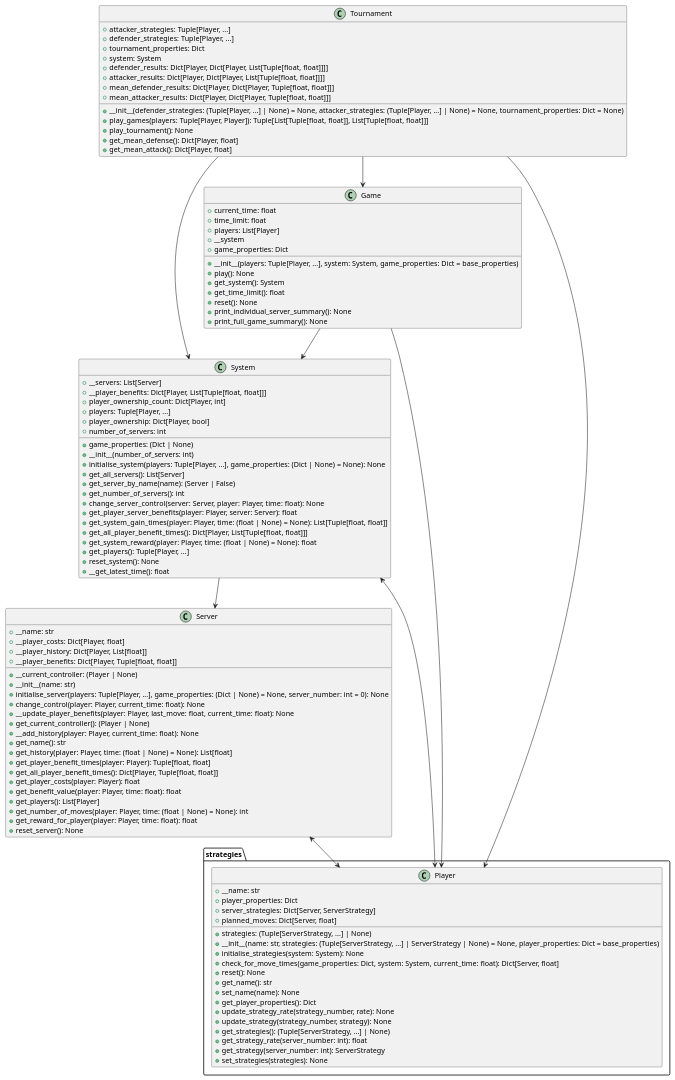
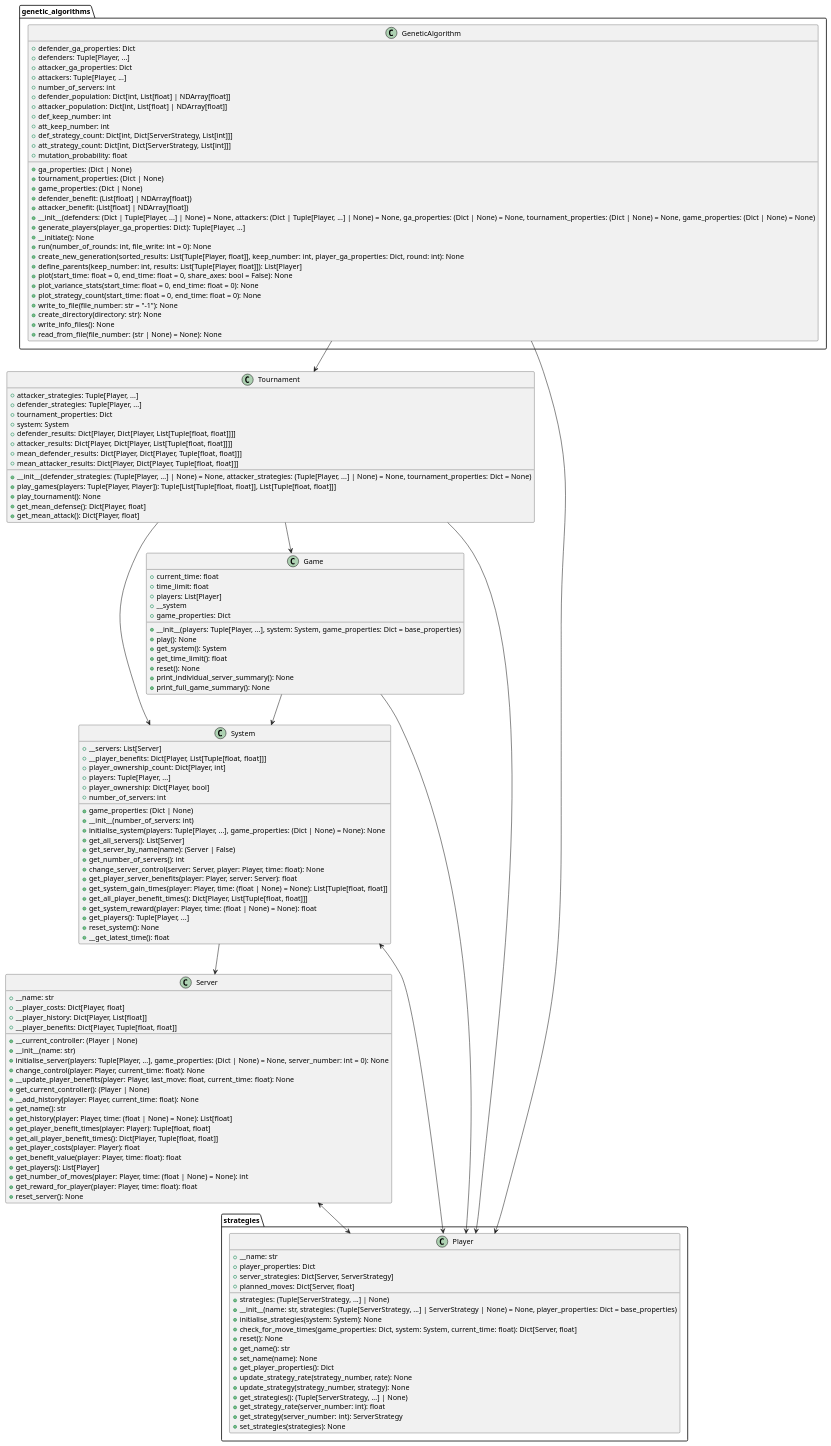
The diagram in DOCS/class-diagram.puml (ruipimentel/FlipThem-Simulation), drawn with PlantUML before and after one commit. The commit also changed 1 other file, not shown here.

Commit message:
Increments documentation on `GeneticAlgorithm` class.

```diff
--- a/DOCS/class-diagram.puml
+++ b/DOCS/class-diagram.puml
@@ -1,115 +1,154 @@
 @startuml "class-diagram"
 
 class Tournament {
   + attacker_strategies: Tuple[Player, ...]
   + defender_strategies: Tuple[Player, ...]
   + tournament_properties: Dict
   + system: System
   + defender_results: Dict[Player, Dict[Player, List[Tuple[float, float]]]]
   + attacker_results: Dict[Player, Dict[Player, List[Tuple[float, float]]]]
   + mean_defender_results: Dict[Player, Dict[Player, Tuple[float, float]]]
   + mean_attacker_results: Dict[Player, Dict[Player, Tuple[float, float]]]
   + __init__(defender_strategies: (Tuple[Player, ...] | None) = None, attacker_strategies: (Tuple[Player, ...] | None) = None, tournament_properties: Dict = None)
   + play_games(players: Tuple[Player, Player]): Tuple[List[Tuple[float, float]], List[Tuple[float, float]]]
   + play_tournament(): None
   + get_mean_defense(): Dict[Player, float]
   + get_mean_attack(): Dict[Player, float]
 }
 
 class Game {
   + current_time: float
   + time_limit: float
   + players: List[Player]
   + __system
   + game_properties: Dict
   + __init__(players: Tuple[Player, ...], system: System, game_properties: Dict = base_properties)
   + play(): None
   + get_system(): System
   + get_time_limit(): float
   + reset(): None
   + print_individual_server_summary(): None
   + print_full_game_summary(): None
 }
 
 class System {
   + __servers: List[Server]
   + __player_benefits: Dict[Player, List[Tuple[float, float]]]
   + player_ownership_count: Dict[Player, int]
   + players: Tuple[Player, ...]
   + player_ownership: Dict[Player, bool]
   + game_properties: (Dict | None)
   + number_of_servers: int
   + __init__(number_of_servers: int)
   + initialise_system(players: Tuple[Player, ...], game_properties: (Dict | None) = None): None
   + get_all_servers(): List[Server]
   + get_server_by_name(name): (Server | False)
   + get_number_of_servers(): int
   + change_server_control(server: Server, player: Player, time: float): None
   + get_player_server_benefits(player: Player, server: Server): float
   + get_system_gain_times(player: Player, time: (float | None) = None): List[Tuple[float, float]]
   + get_all_player_benefit_times(): Dict[Player, List[Tuple[float, float]]]
   + get_system_reward(player: Player, time: (float | None) = None): float
   + get_players(): Tuple[Player, ...]
   + reset_system(): None
   + __get_latest_time(): float
 }
 
 class Server {
   + __name: str
   + __current_controller: (Player | None)
   + __player_costs: Dict[Player, float]
   + __player_history: Dict[Player, List[float]]
   + __player_benefits: Dict[Player, Tuple[float, float]]
   + __init__(name: str)
   + initialise_server(players: Tuple[Player, ...], game_properties: (Dict | None) = None, server_number: int = 0): None
   + change_control(player: Player, current_time: float): None
   + __update_player_benefits(player: Player, last_move: float, current_time: float): None
   + get_current_controller(): (Player | None)
   + __add_history(player: Player, current_time: float): None
   + get_name(): str
   + get_history(player: Player, time: (float | None) = None): List[float]
   + get_player_benefit_times(player: Player): Tuple[float, float]
   + get_all_player_benefit_times(): Dict[Player, Tuple[float, float]]
   + get_player_costs(player: Player): float
   + get_benefit_value(player: Player, time: float): float
   + get_players(): List[Player]
   + get_number_of_moves(player: Player, time: (float | None) = None): int
   + get_reward_for_player(player: Player, time: float): float
   + reset_server(): None
 }
 
+namespace genetic_algorithms {
+
+  class GeneticAlgorithm {
+    + ga_properties: (Dict | None)
+    + defender_ga_properties: Dict
+    + defenders: Tuple[Player, ...]
+    + attacker_ga_properties: Dict
+    + attackers: Tuple[Player, ...]
+    + number_of_servers: int
+    + tournament_properties: (Dict | None)
+    + game_properties: (Dict | None)
+    + defender_population: Dict[int, List[float] | NDArray[float]]
+    + attacker_population: Dict[int, List[float] | NDArray[float]]
+    + defender_benefit: (List[float] | NDArray[float])
+    + attacker_benefit: (List[float] | NDArray[float])
+    + def_keep_number: int
+    + att_keep_number: int
+    + def_strategy_count: Dict[int, Dict[ServerStrategy, List[int]]]
+    + att_strategy_count: Dict[int, Dict[ServerStrategy, List[int]]]
+    + mutation_probability: float
+    + __init__(defenders: (Dict | Tuple[Player, ...] | None) = None, attackers: (Dict | Tuple[Player, ...] | None) = None, ga_properties: (Dict | None) = None, tournament_properties: (Dict | None) = None, game_properties: (Dict | None) = None)
+    + generate_players(player_ga_properties: Dict): Tuple[Player, ...]
+    + __initiate(): None
+    + run(number_of_rounds: int, file_write: int = 0): None
+    + create_new_generation(sorted_results: List[Tuple[Player, float]], keep_number: int, player_ga_properties: Dict, round: int): None
+    + define_parents(keep_number: int, results: List[Tuple[Player, float]]): List[Player]
+    + plot(start_time: float = 0, end_time: float = 0, share_axes: bool = False): None
+    + plot_variance_stats(start_time: float = 0, end_time: float = 0): None
+    + plot_strategy_count(start_time: float = 0, end_time: float = 0): None
+    + write_to_file(file_number: str = "-1"): None
+    + create_directory(directory: str): None
+    + write_info_files(): None
+    + read_from_file(file_number: (str | None) = None): None
+  }
+
+}
+
 namespace strategies {
 
   class Player {
     + __name: str
     + player_properties: Dict
     + server_strategies: Dict[Server, ServerStrategy]
     + strategies: (Tuple[ServerStrategy, ...] | None)
     + planned_moves: Dict[Server, float]
     + __init__(name: str, strategies: (Tuple[ServerStrategy, ...] | ServerStrategy | None) = None, player_properties: Dict = base_properties)
     + initialise_strategies(system: System): None
     + check_for_move_times(game_properties: Dict, system: System, current_time: float): Dict[Server, float]
     + reset(): None
     + get_name(): str
     + set_name(name): None
     + get_player_properties(): Dict
     + update_strategy_rate(strategy_number, rate): None
     + update_strategy(strategy_number, strategy): None
     + get_strategies(): (Tuple[ServerStrategy, ...] | None)
     + get_strategy_rate(server_number: int): float
     + get_strategy(server_number: int): ServerStrategy
     + set_strategies(strategies): None
   }
 
 }
 
+genetic_algorithms.GeneticAlgorithm --> Tournament
+genetic_algorithms.GeneticAlgorithm --> strategies.Player
 Tournament --> Game
 Tournament --> System
 Tournament --> strategies.Player
 Game --> System
 Game --> strategies.Player
 System <--> strategies.Player
 System --> Server
 Server <--> strategies.Player
 
 @enduml
```
